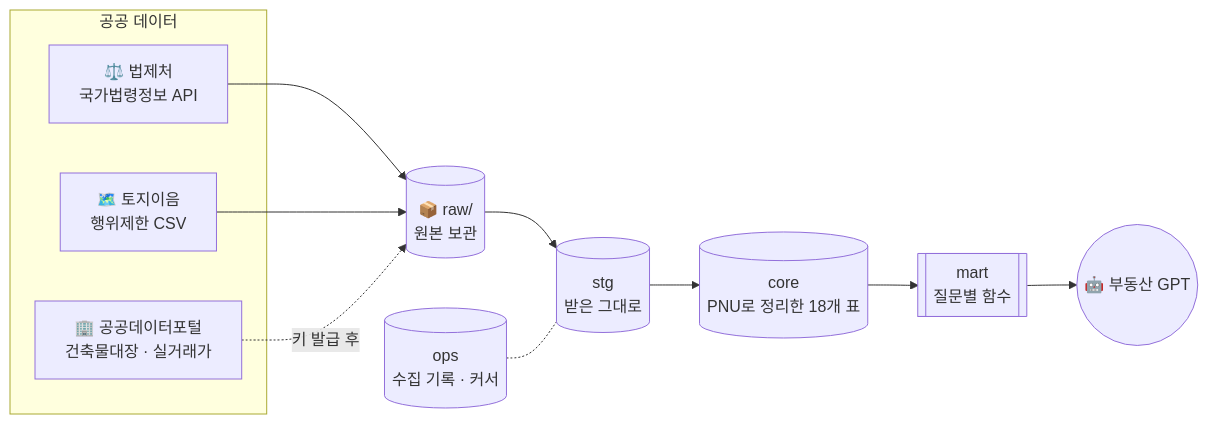
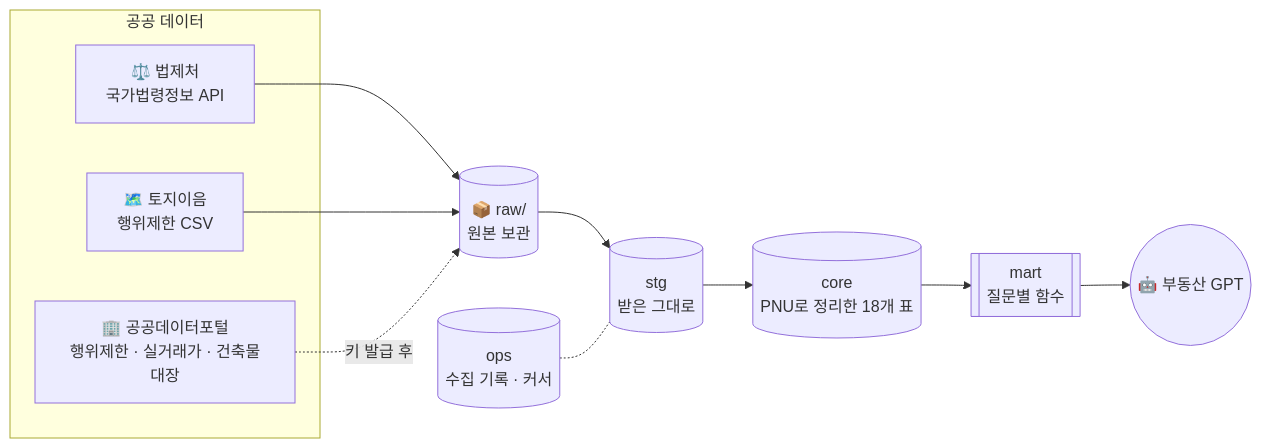
One commit to achul1026/hanpilji changed the diagram in README.md. Above: the diagram before and after it, drawn with Mermaid. The commit also changed other lines of this file and 14 other files, not shown here.

First line of the commit message:
1~2단계 준비: 행위제한 API · 아파트 실거래가 수집기와 시세 마트 함수

````diff
--- a/README.md
+++ b/README.md
@@ -30,19 +30,19 @@
 ```mermaid
 flowchart LR
     subgraph SRC["공공 데이터"]
         LAW["⚖️ 법제처<br/>국가법령정보 API"]
         EUM["🗺️ 토지이음<br/>행위제한 CSV"]
-        DG["🏢 공공데이터포털<br/>건축물대장 · 실거래가"]
+        DG["🏢 공공데이터포털<br/>행위제한 · 실거래가 · 건축물대장"]
     end
     RAW[("📦 raw/<br/>원본 보관")]
     STG[("stg<br/>받은 그대로")]
     CORE[("core<br/>PNU로 정리한 18개 표")]
     MART[["mart<br/>질문별 함수"]]
     GPT(("🤖 부동산 GPT"))
 
     LAW --> RAW
     EUM --> RAW
     DG -.키 발급 후.-> RAW
     RAW --> STG --> CORE --> MART --> GPT
     OPS[("ops<br/>수집 기록 · 커서")] -.- STG
 ```
````
